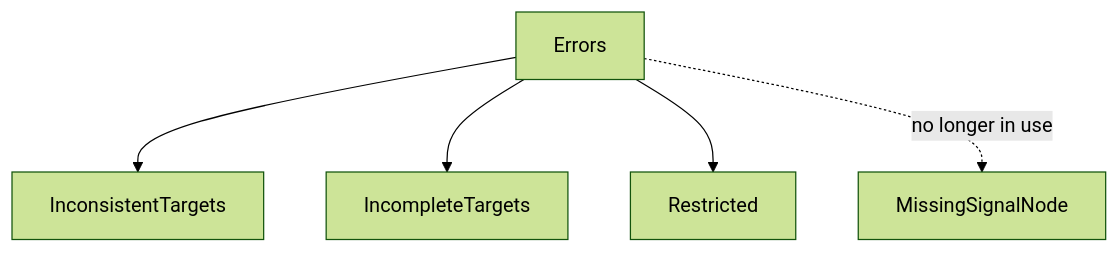
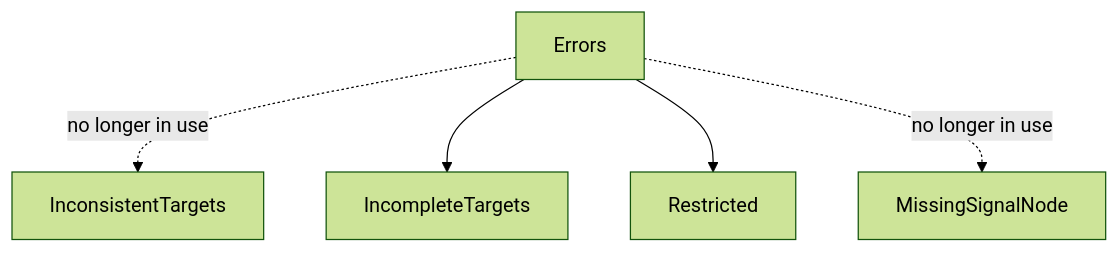
The second of 3 diagrams in docs/autopilot-multicommand.md (k0sproject/k0s), drawn with Mermaid (forest theme) before and after one commit. The commit also changed other lines of this file and 7 other files, not shown here.

````diff
--- a/docs/autopilot-multicommand.md
+++ b/docs/autopilot-multicommand.md
@@ -198,7 +198,7 @@
 ```mermaid
 flowchart TD
-    Errors --> InconsistentTargets
+    Errors -. no longer in use .-> InconsistentTargets
     Errors --> IncompleteTargets
     Errors --> Restricted
     Errors -. no longer in use .-> MissingSignalNode
 ```
````
